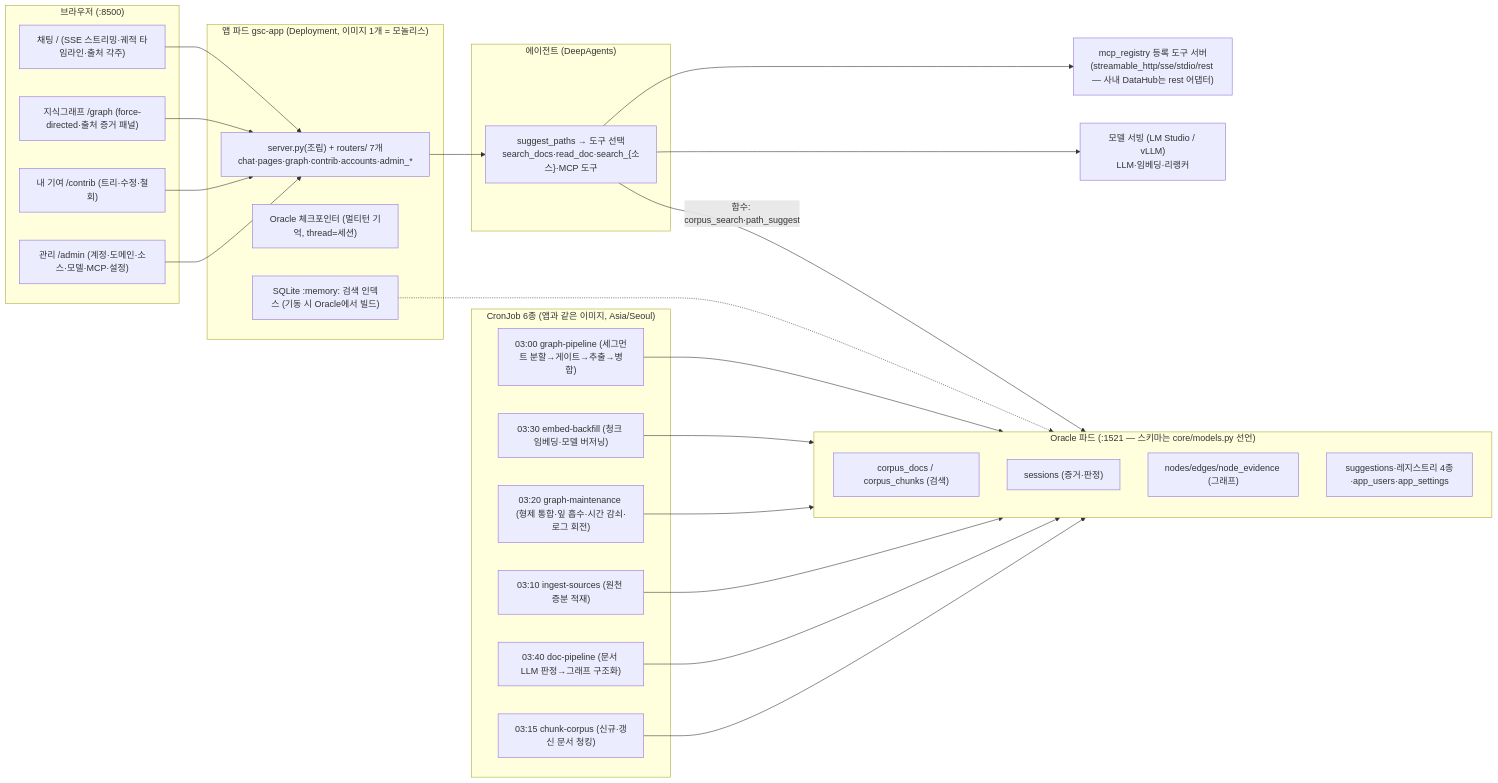
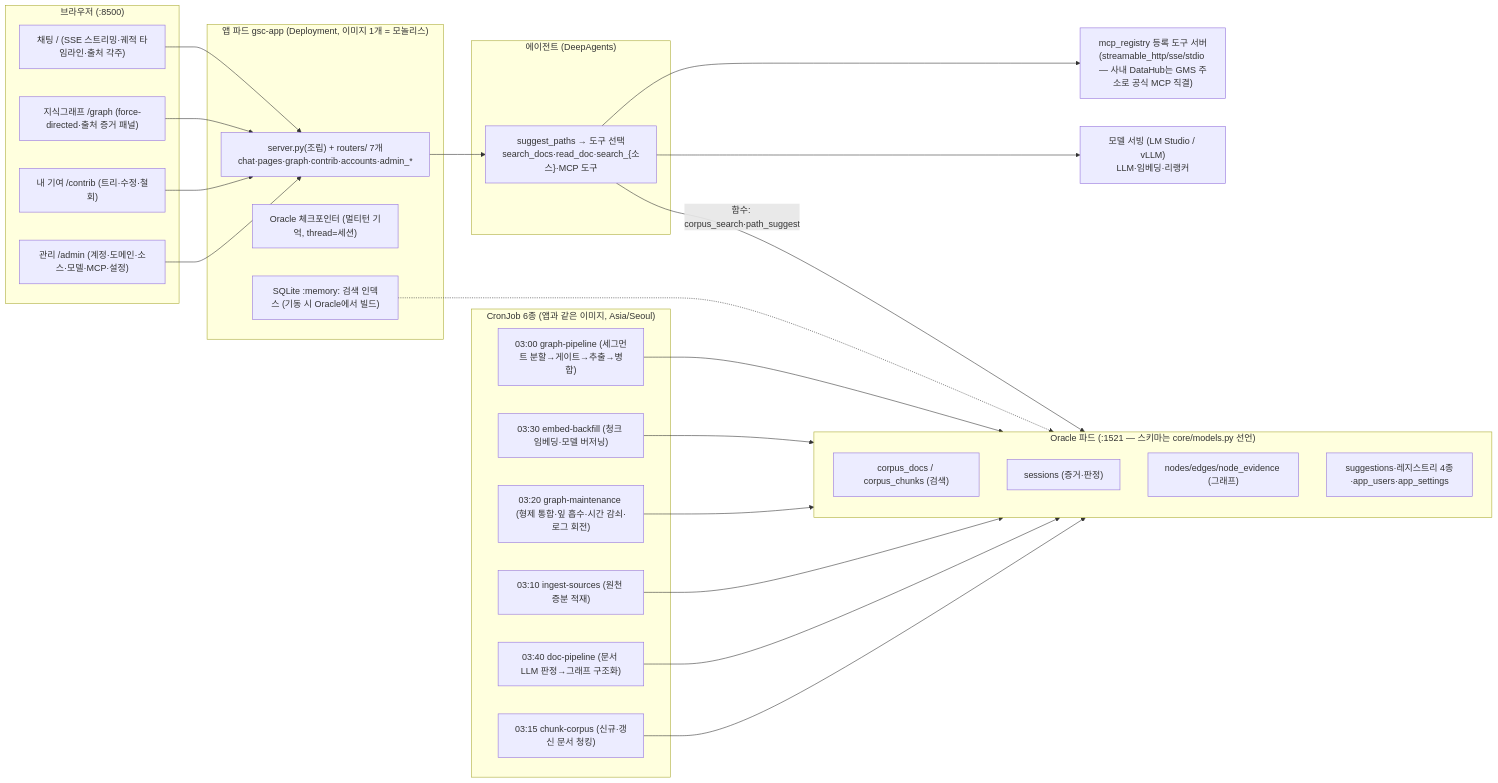
The diagram in docs/implementation.md (catinbox276/graph-search-chat), drawn with Mermaid before and after one commit. The commit also changed other lines of this file and 7 other files, not shown here.

First line of the commit message:
remove: 사내 REST 도구 어댑터 삭제 — DataHub 공식 MCP가 GMS 직결로 검증됨

````diff
--- a/docs/implementation.md
+++ b/docs/implementation.md
@@ -10,40 +10,40 @@
 ```mermaid
 flowchart LR
     subgraph browser["브라우저 (:8500)"]
         UI["채팅 / (SSE 스트리밍·궤적 타임라인·출처 각주)"]
         GV["지식그래프 /graph (force-directed·출처 증거 패널)"]
         CB["내 기여 /contrib (트리·수정·철회)"]
         AD["관리 /admin (계정·도메인·소스·모델·MCP·설정)"]
     end
     subgraph srv["앱 파드 gsc-app (Deployment, 이미지 1개 = 모놀리스)"]
         API["server.py(조립) + routers/ 7개<br/>chat·pages·graph·contrib·accounts·admin_*"]
         MEM["Oracle 체크포인터 (멀티턴 기억, thread=세션)"]
         MTX["SQLite :memory: 검색 인덱스 (기동 시 Oracle에서 빌드)"]
     end
     subgraph agentbox["에이전트 (DeepAgents)"]
         AG["suggest_paths → 도구 선택<br/>search_docs·read_doc·search_{소스}·MCP 도구"]
     end
     LMS["모델 서빙 (LM Studio / vLLM)<br/>LLM·임베딩·리랭커"]
     subgraph ora["Oracle 파드 (:1521 — 스키마는 core/models.py 선언)"]
         T1["corpus_docs / corpus_chunks (검색)"]
         T2["sessions (증거·판정)"]
         T3["nodes/edges/node_evidence (그래프)"]
         T4["suggestions·레지스트리 4종·app_users·app_settings"]
     end
-    MCP["mcp_registry 등록 도구 서버<br/>(streamable_http/sse/stdio/rest — 사내 DataHub는 rest 어댑터)"]
+    MCP["mcp_registry 등록 도구 서버<br/>(streamable_http/sse/stdio — 사내 DataHub는 GMS 주소로 공식 MCP 직결)"]
     UI & GV & CB & AD --> API
     API --> AG
     AG -->|"함수: corpus_search·path_suggest"| ora
     AG --> MCP
     AG --> LMS
     MTX -.-> ora
     subgraph batch["CronJob 6종 (앱과 같은 이미지, Asia/Seoul)"]
         P2["03:00 graph-pipeline (세그먼트 분할→게이트→추출→병합)"]
         P5["03:10 ingest-sources (원천 증분 적재)"]
         P7["03:15 chunk-corpus (신규·갱신 문서 청킹)"]
         P4["03:20 graph-maintenance (형제 통합·잎 흡수·시간 감쇠·로그 회전)"]
         P3["03:30 embed-backfill (청크 임베딩·모델 버저닝)"]
         P6["03:40 doc-pipeline (문서 LLM 판정→그래프 구조화)"]
     end
     P2 & P3 & P4 & P5 & P6 & P7 --> ora
 ```
````
